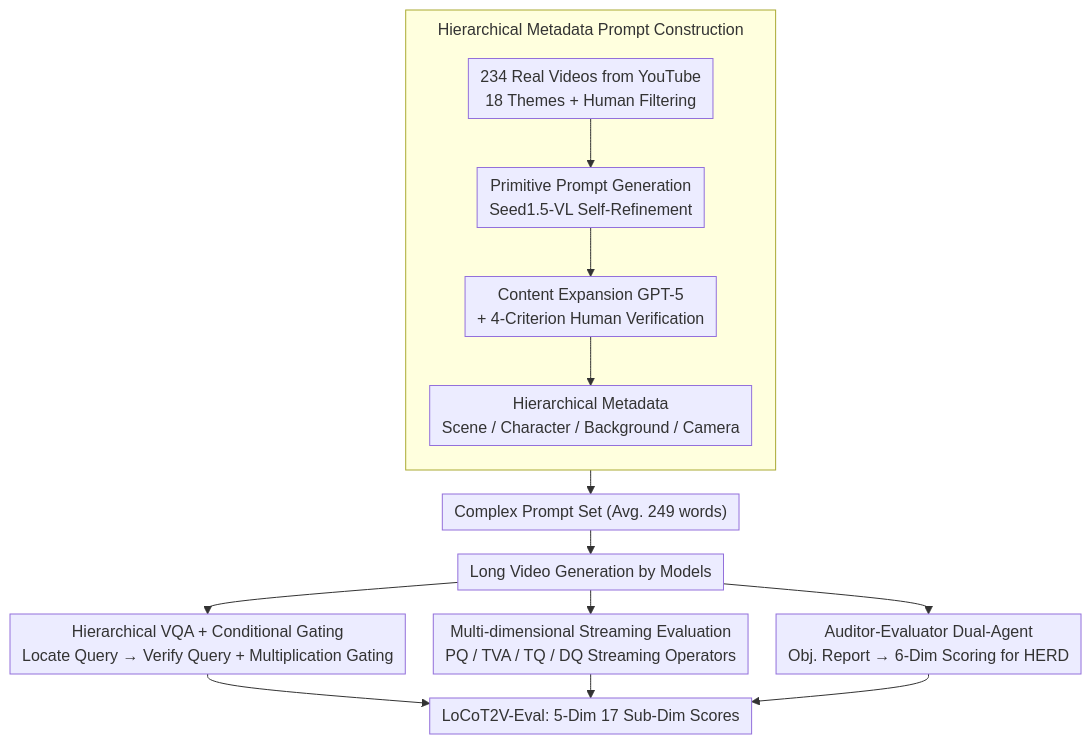
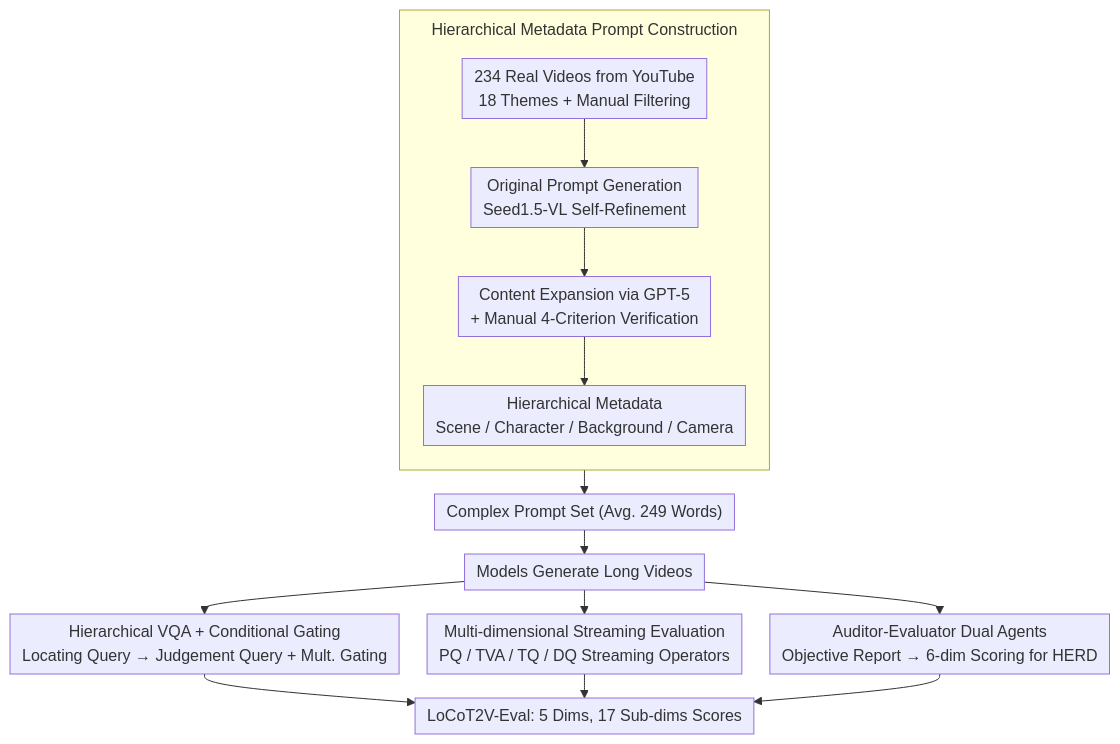
One commit to zhaoyang97/Paper-Notes-en changed the diagram in docs/ICML2026/video_generation/locot2v-bench_benchmarking_long-form_and_complex_text-to-video_generation.md. Above: the diagram before and after it, drawn with Mermaid. The commit also changed other lines of this file and 5084 other files, not shown here.

````diff
--- a/docs/ICML2026/video_generation/locot2v-bench_benchmarking_long-form_and_complex_text-to-video_generation.md
+++ b/docs/ICML2026/video_generation/locot2v-bench_benchmarking_long-form_and_complex_text-to-video_generation.md
@@ -47,18 +47,18 @@
 ```mermaid
 %%{init: {'flowchart': {'rankSpacing': 24, 'nodeSpacing': 28, 'padding': 6, 'wrappingWidth': 400, 'subGraphTitleMargin': {'top': 8, 'bottom': 16}}}}%%
 flowchart TD
     subgraph DATA["Hierarchical Metadata Prompt Construction"]
         direction TB
-        A["234 Real Videos from YouTube<br/>18 Themes + Human Filtering"] --> B["Primitive Prompt Generation<br/>Seed1.5-VL Self-Refinement"]
-        B --> C["Content Expansion GPT-5<br/>+ 4-Criterion Human Verification"]
+        A["234 Real Videos from YouTube<br/>18 Themes + Manual Filtering"] --> B["Original Prompt Generation<br/>Seed1.5-VL Self-Refinement"]
+        B --> C["Content Expansion via GPT-5<br/>+ Manual 4-Criterion Verification"]
         C --> D["Hierarchical Metadata<br/>Scene / Character / Background / Camera"]
     end
-    DATA --> P["Complex Prompt Set (Avg. 249 words)"]
-    P --> G["Long Video Generation by Models"]
-    G --> E["Hierarchical VQA + Conditional Gating<br/>Locate Query → Verify Query + Multiplication Gating"]
+    DATA --> P["Complex Prompt Set (Avg. 249 Words)"]
+    P --> G["Models Generate Long Videos"]
+    G --> E["Hierarchical VQA + Conditional Gating<br/>Locating Query → Judgement Query + Mult. Gating"]
     G --> M["Multi-dimensional Streaming Evaluation<br/>PQ / TVA / TQ / DQ Streaming Operators"]
-    G --> H["Auditor-Evaluator Dual-Agent<br/>Obj. Report → 6-Dim Scoring for HERD"]
-    E --> S["LoCoT2V-Eval: 5-Dim 17 Sub-Dim Scores"]
+    G --> H["Auditor-Evaluator Dual Agents<br/>Objective Report → 6-dim Scoring for HERD"]
+    E --> S["LoCoT2V-Eval: 5 Dims, 17 Sub-dims Scores"]
     M --> S
     H --> S
 ```
````
